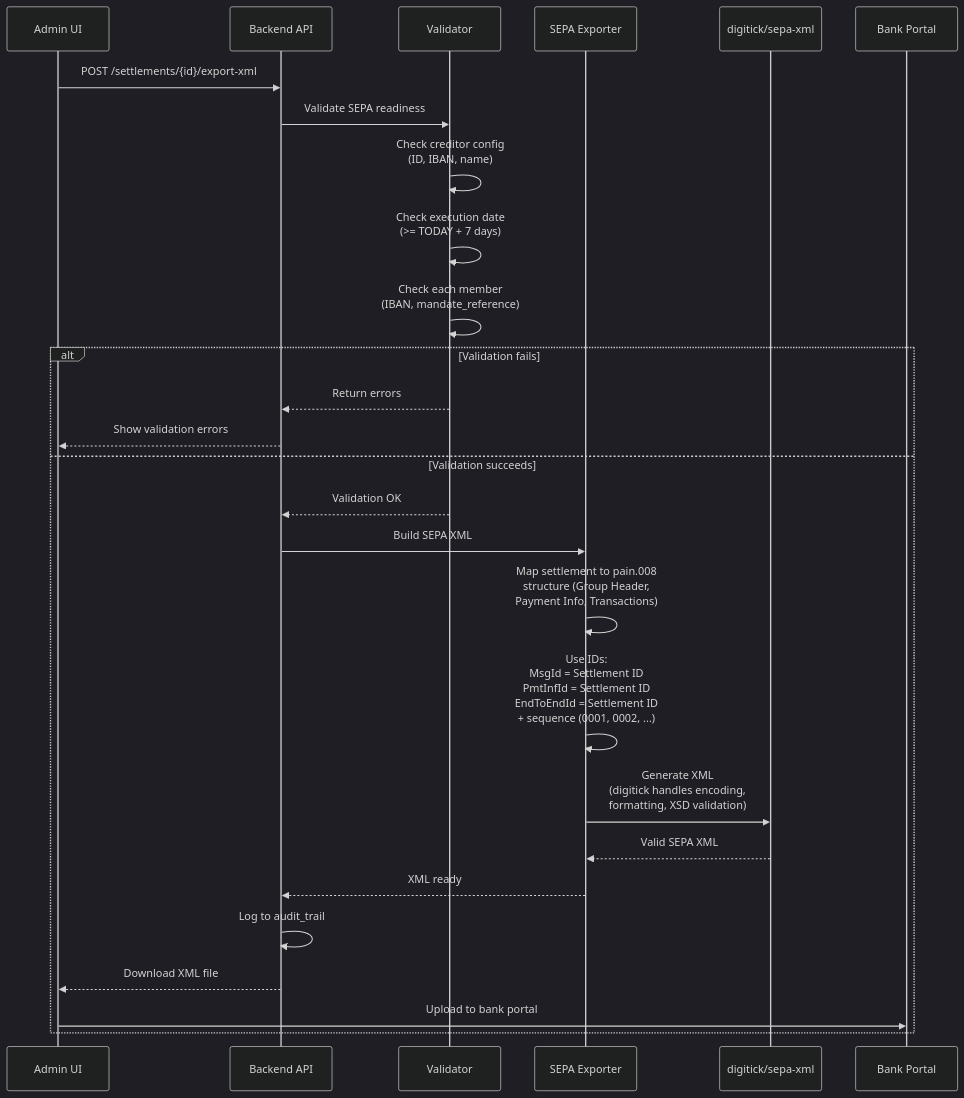
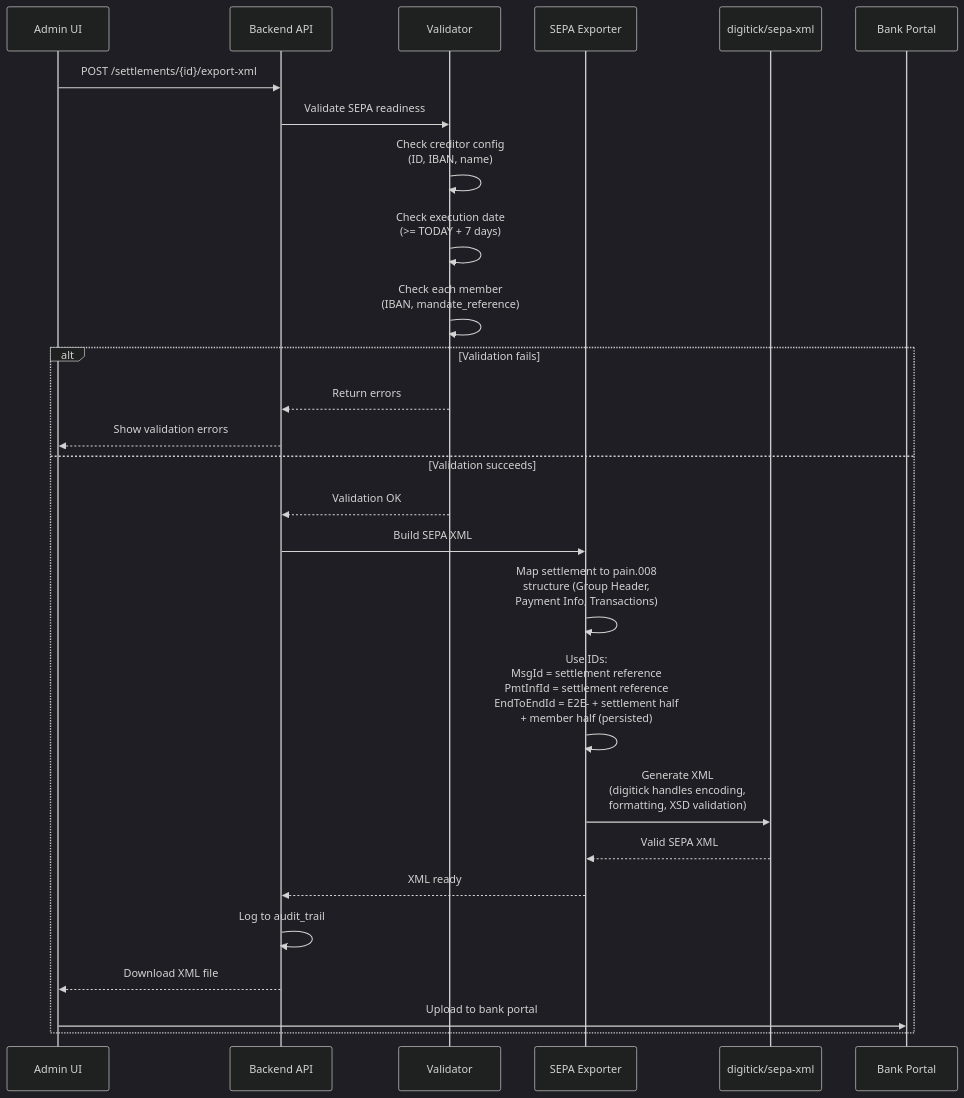
One commit to dgloeckner/clubbar changed the diagram in adr/0008-sepa-xml-export-format-selection.md. Above: the diagram before and after it, drawn with Mermaid (dark theme). The commit also changed other lines of this file and 1 other file, not shown here.

````diff
--- a/adr/0008-sepa-xml-export-format-selection.md
+++ b/adr/0008-sepa-xml-export-format-selection.md
@@ -223,30 +223,30 @@
 ```mermaid
 sequenceDiagram
     participant Admin as Admin UI
     participant API as Backend API
     participant Validator as Validator
     participant Exporter as SEPA Exporter
     participant Digitick as digitick/sepa-xml
     participant Bank as Bank Portal
 
     Admin->>API: POST /settlements/{id}/export-xml
     API->>Validator: Validate SEPA readiness
     Validator->>Validator: Check creditor config<br/>(ID, IBAN, name)
     Validator->>Validator: Check execution date<br/>(>= TODAY + 7 days)
     Validator->>Validator: Check each member<br/>(IBAN, mandate_reference)
     alt Validation fails
         Validator-->>API: Return errors
         API-->>Admin: Show validation errors
     else Validation succeeds
         Validator-->>API: Validation OK
         API->>Exporter: Build SEPA XML
         Exporter->>Exporter: Map settlement to pain.008<br/>structure (Group Header,<br/>Payment Info, Transactions)
-        Exporter->>Exporter: Use IDs:<br/>MsgId = Settlement ID<br/>PmtInfId = Settlement ID<br/>EndToEndId = Settlement ID<br/>+ sequence (0001, 0002, ...)
+        Exporter->>Exporter: Use IDs:<br/>MsgId = settlement reference<br/>PmtInfId = settlement reference<br/>EndToEndId = E2E- + settlement half<br/>+ member half (persisted)
         Exporter->>Digitick: Generate XML<br/>(digitick handles encoding,<br/>formatting, XSD validation)
         Digitick-->>Exporter: Valid SEPA XML
         Exporter-->>API: XML ready
         API->>API: Log to audit_trail
         API-->>Admin: Download XML file
         Admin->>Bank: Upload to bank portal
     end
 ```
````
